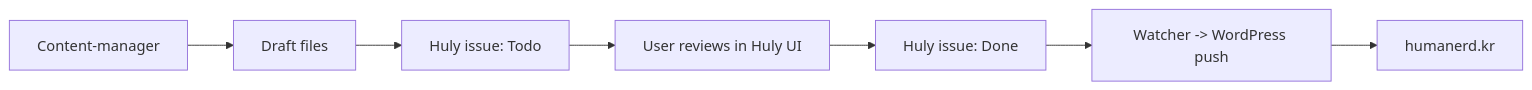
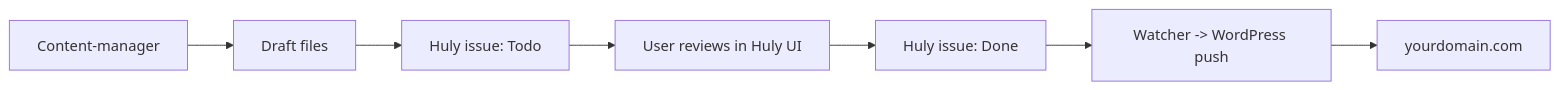
Before and after one commit to humanerd-drew/opencode-drewgent: the diagram in skills/software-development/huly-integration/SKILL.md, drawn with Mermaid. The commit also changed other lines of this file and 194 other files, not shown here.

````diff
--- a/skills/software-development/huly-integration/SKILL.md
+++ b/skills/software-development/huly-integration/SKILL.md
@@ -450,9 +450,9 @@
 ```mermaid
 graph LR
     A[Content-manager] --> B[Draft files]
     B --> C[Huly issue: Todo]
     C --> D[User reviews in Huly UI]
     D --> E[Huly issue: Done]
     E --> F[Watcher -> WordPress push]
-    F --> G[humanerd.kr]
+    F --> G[yourdomain.com]
 ```
````
